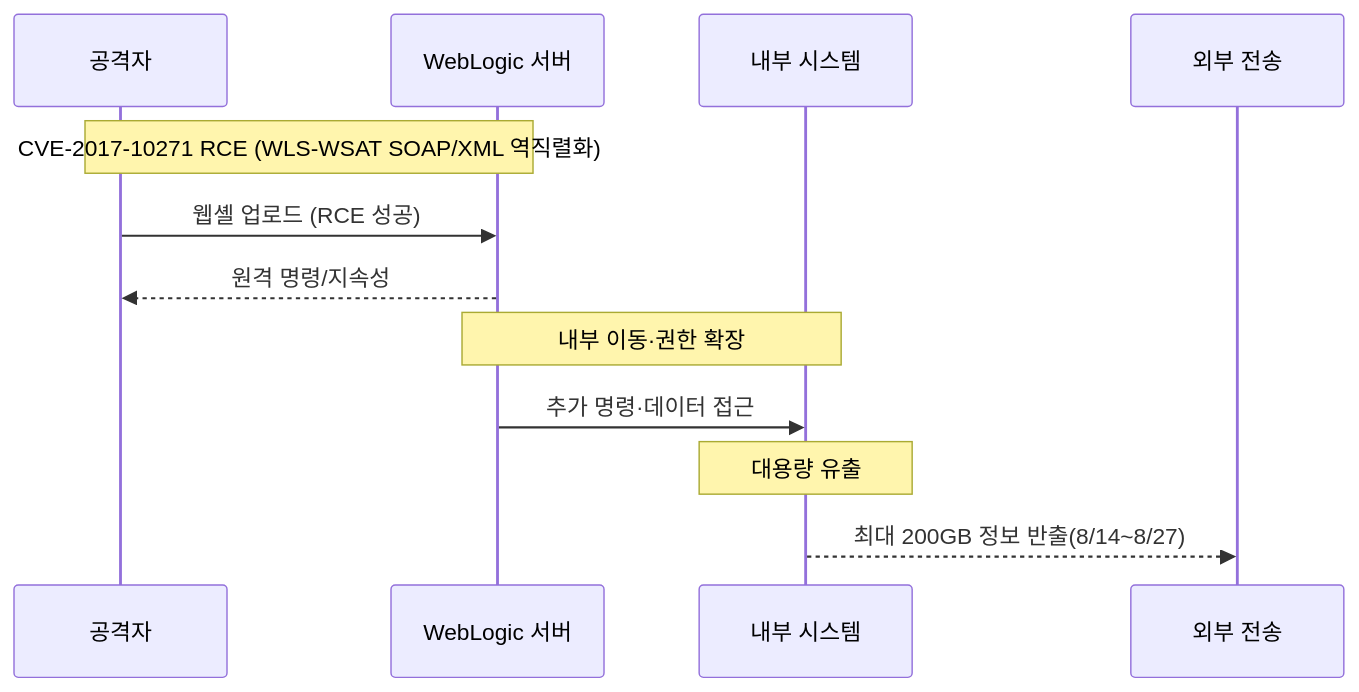
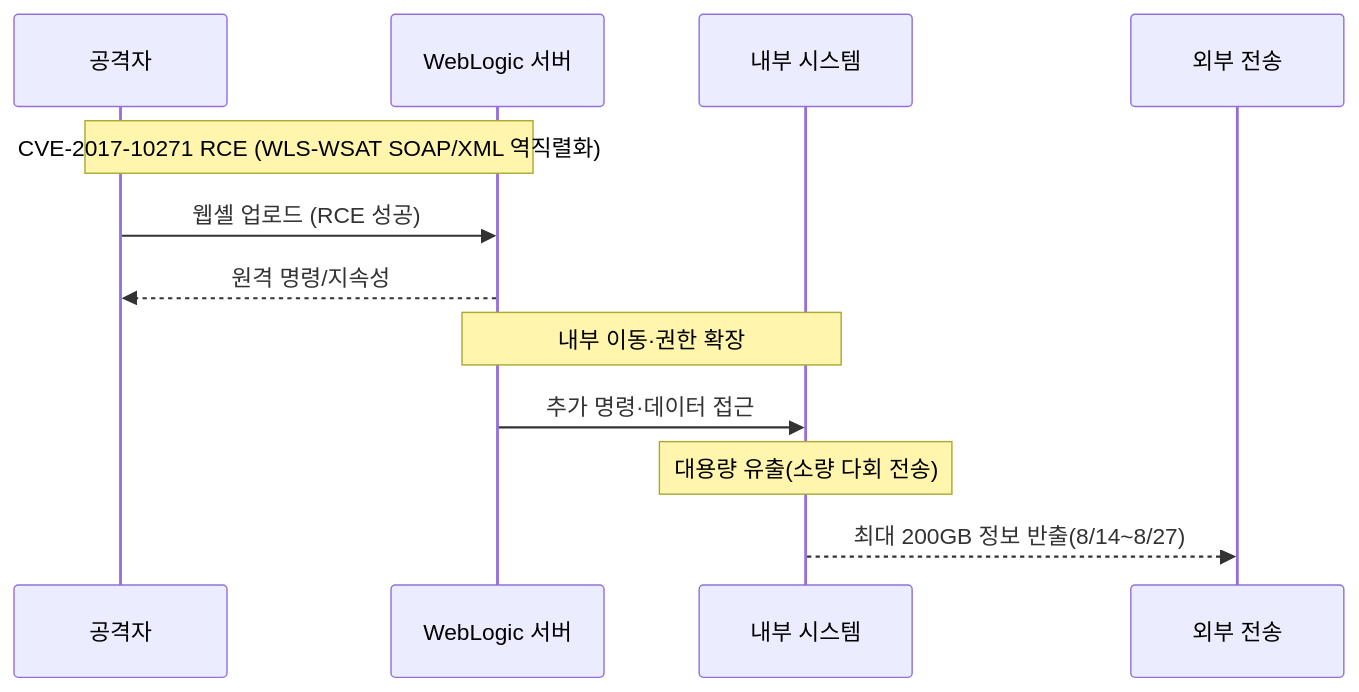
One commit to qubitsec/blog changed the diagram in content/ko/threats/case-lottecard_weblogic.md. Above: the diagram before and after it, drawn with Mermaid. The commit also changed other lines of this file, not shown here.

````diff
--- a/content/ko/threats/case-lottecard_weblogic.md
+++ b/content/ko/threats/case-lottecard_weblogic.md
@@ -53,17 +55,17 @@
 ```mermaid
 sequenceDiagram
     participant 공격자
     participant WAS as WebLogic 서버
     participant 내부망 as 내부 시스템
     participant 외부 as 외부 전송
 
     Note over 공격자,WAS: CVE-2017-10271 RCE (WLS-WSAT SOAP/XML 역직렬화)
     공격자->>WAS: 웹셸 업로드 (RCE 성공)
     WAS-->>공격자: 원격 명령/지속성
 
     Note over WAS,내부망: 내부 이동·권한 확장
     WAS->>내부망: 추가 명령·데이터 접근
 
-    Note over 내부망: 대용량 유출
+    Note over 내부망: 대용량 유출(소량 다회 전송)
     내부망-->>외부: 최대 200GB 정보 반출(8/14~8/27)
 ```
````
